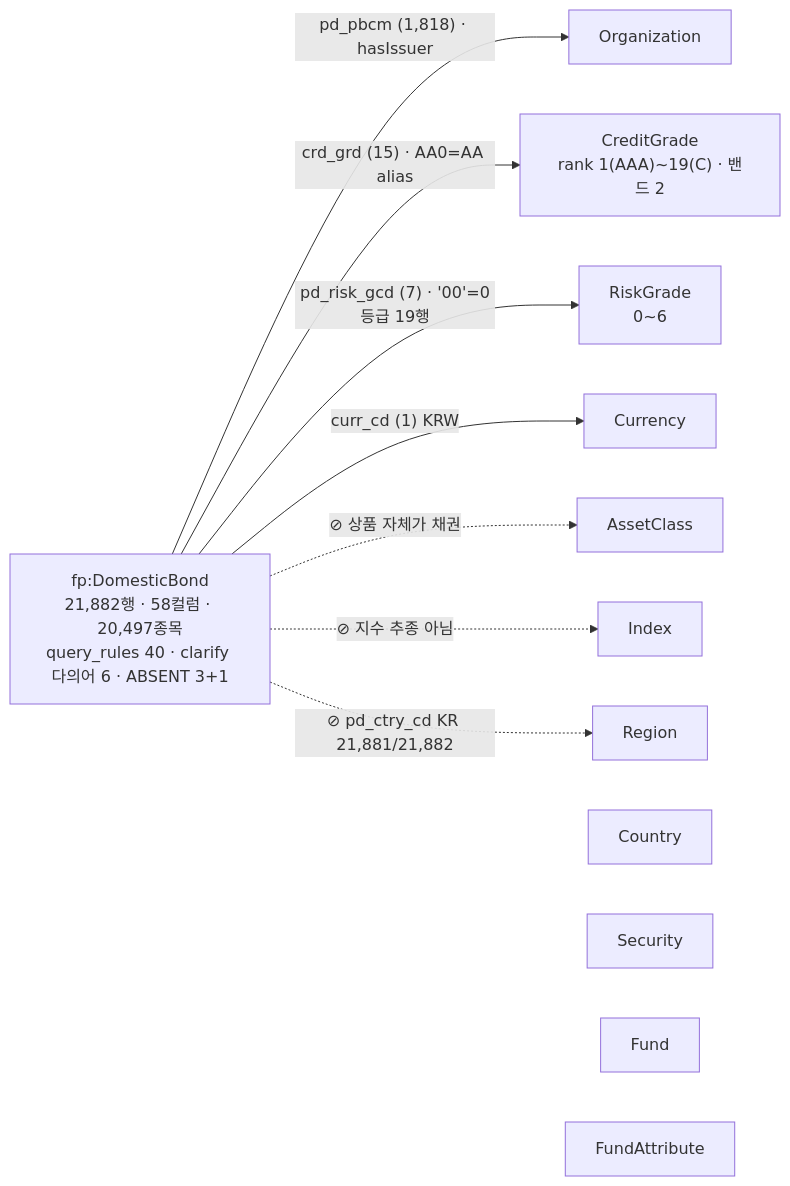
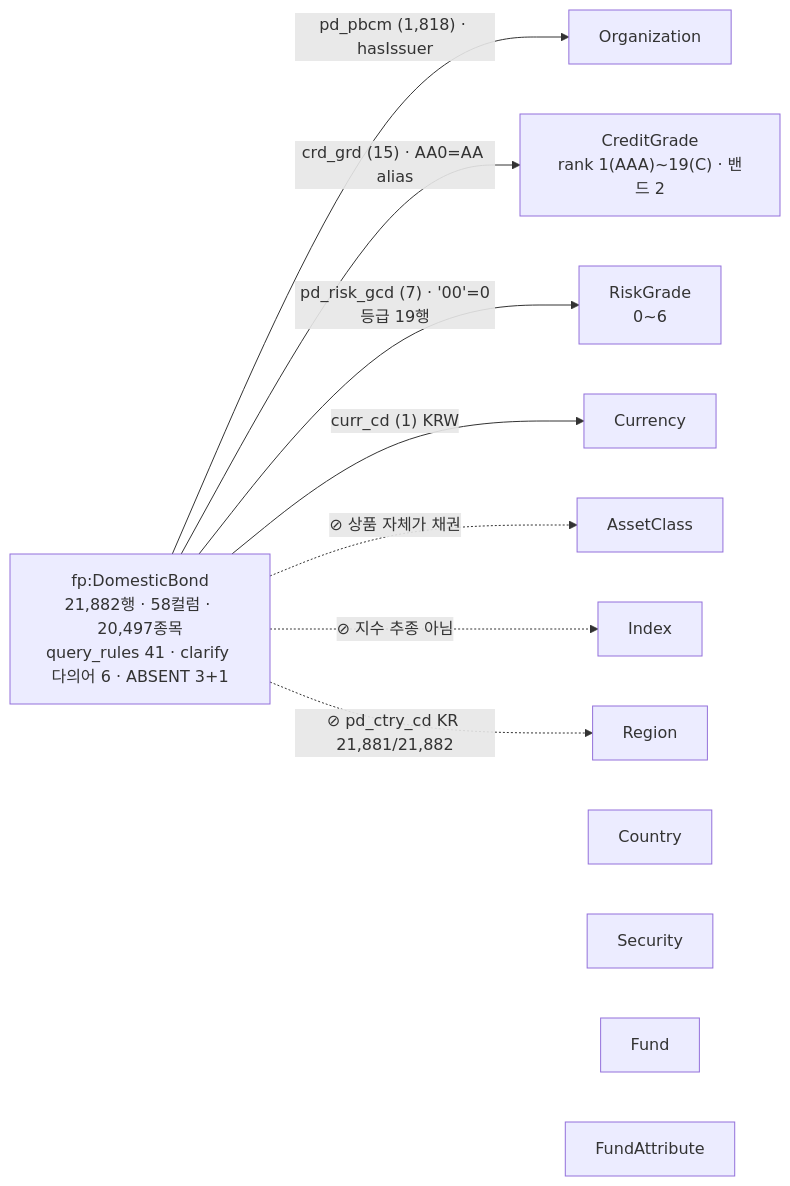
The diagram in docs/기술제안서/04_도메인_채권.md (Song-exp/miraeassetfesta), drawn with Mermaid before and after one commit. The commit also changed other lines of this file and 1 other file, not shown here.

````diff
--- a/docs/기술제안서/04_도메인_채권.md
+++ b/docs/기술제안서/04_도메인_채권.md
@@ -78,13 +78,13 @@
 ```mermaid
 flowchart LR
-  B["fp:DomesticBond<br/>21,882행 · 58컬럼 · 20,497종목<br/>query_rules 40 · clarify 다의어 6 · ABSENT 3+1"]
+  B["fp:DomesticBond<br/>21,882행 · 58컬럼 · 20,497종목<br/>query_rules 41 · clarify 다의어 6 · ABSENT 3+1"]
   ORG[Organization]; CG["CreditGrade<br/>rank 1(AAA)~19(C) · 밴드 2"]; RG["RiskGrade<br/>0~6"]; AC[AssetClass]; IDX[Index]; REG[Region]; CTY[Country]; CUR[Currency]; SEC[Security]; FND[Fund]; FA[FundAttribute]
   B -- "pd_pbcm (1,818) · hasIssuer" --> ORG
   B -- "crd_grd (15) · AA0=AA alias" --> CG
   B -- "pd_risk_gcd (7) · '00'=0등급 19행" --> RG
   B -- "curr_cd (1) KRW" --> CUR
   B -. "⊘ 상품 자체가 채권" .-> AC
   B -. "⊘ 지수 추종 아님" .-> IDX
   B -. "⊘ pd_ctry_cd KR 21,881/21,882" .-> REG
   B ~~~ CTY; B ~~~ SEC; B ~~~ FND; B ~~~ FA
 ```
````
